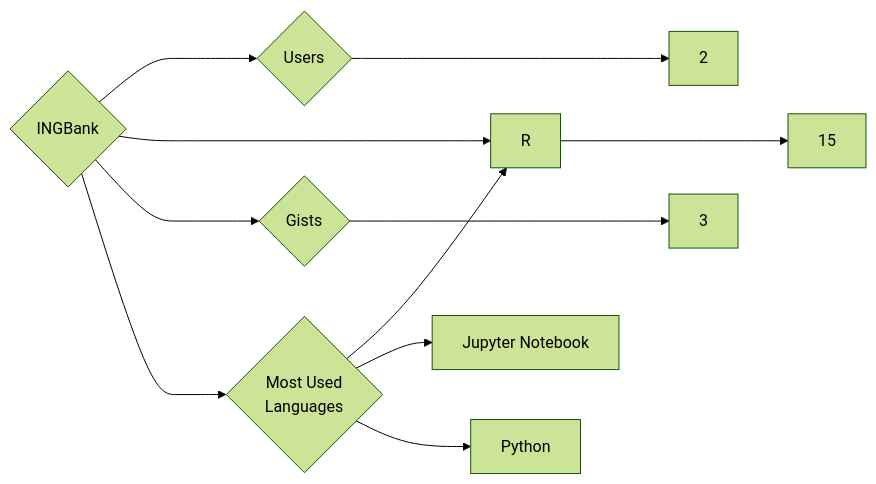
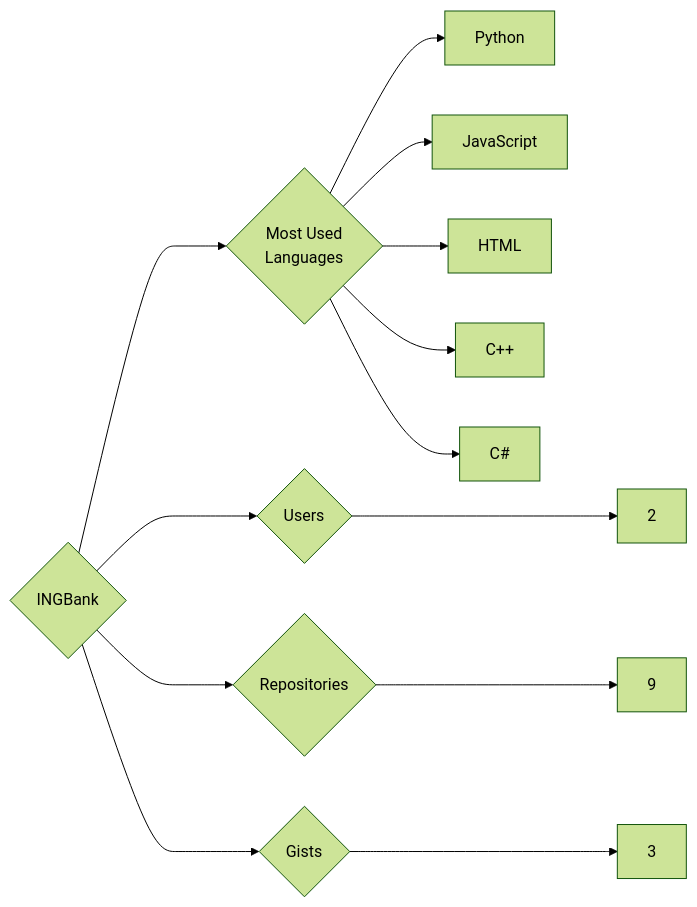
Before and after one commit to trickest/insiders: the diagram in targets/INGBank/README.md, drawn with Mermaid (forest theme). The commit also changed 1007 other files, not shown here.

````diff
--- a/targets/INGBank/README.md
+++ b/targets/INGBank/README.md
@@ -3,11 +3,13 @@
 ```mermaid
 graph LR
 COMPANY_NAME{INGBank}
 COMPANY_NAME ---> U{Users} ---> UN[2]
-COMPANY_NAME ---> R{Repositories} ---> RN[15]
+COMPANY_NAME ---> R{Repositories} ---> RN[9]
 COMPANY_NAME ---> G{Gists} ---> GN[3]
 COMPANY_NAME ---> ML{Most Used<br>Languages}
-ML --> R[R]
-ML --> Jupyter_Notebook[Jupyter Notebook]
 ML --> Python[Python]
+ML --> JavaScript[JavaScript]
+ML --> HTML[HTML]
+ML --> C++[C++]
+ML --> C#[C#]
 ```
````
